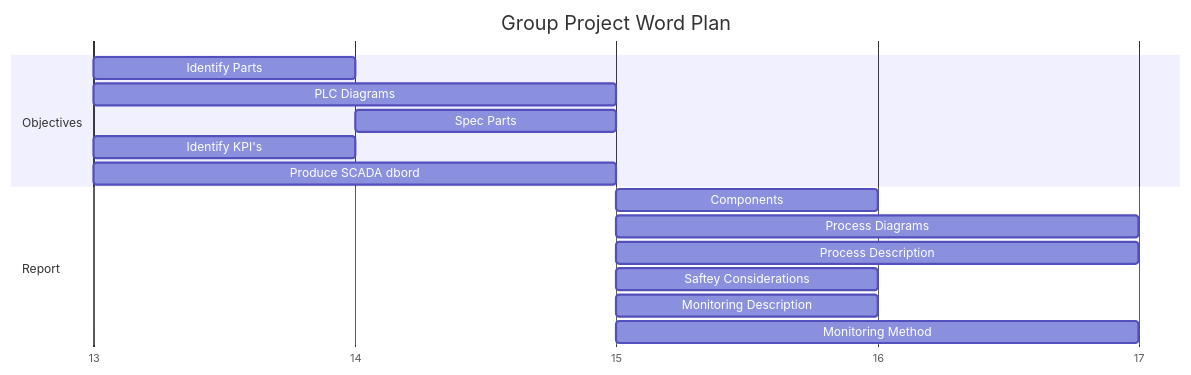
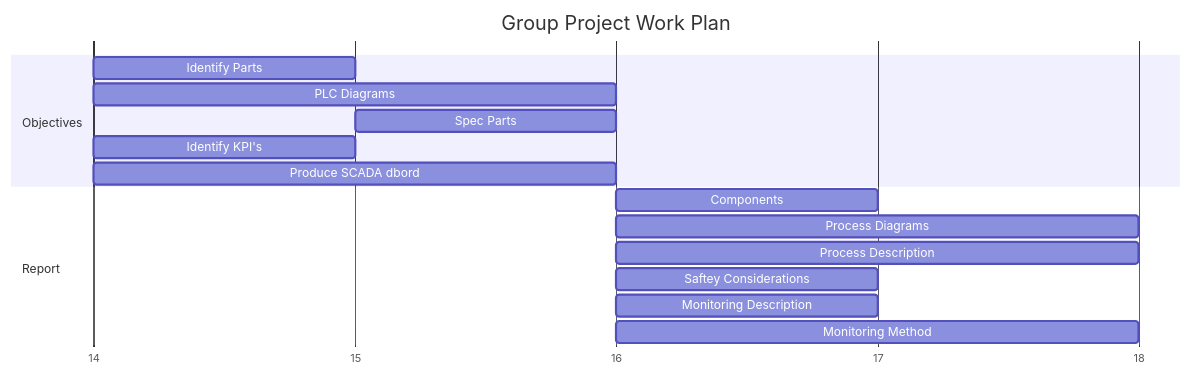
The second of 2 diagrams in Industrial Automation/Assessments/Group Assignment/Notes/Plan.md (jasht1/Uni-Projects), drawn with Mermaid before and after one commit. The commit also changed other lines of this file and 4 other files, not shown here.

````diff
--- a/Industrial Automation/Assessments/Group Assignment/Notes/Plan.md
+++ b/Industrial Automation/Assessments/Group Assignment/Notes/Plan.md
@@ -20,21 +20,21 @@
 ```mermaid
 gantt
-title Group Project Word Plan
+title Group Project Work Plan
 dateFormat YYYY-MM-DD
 axisFormat %d
 tickInterval 1day
 
 section Objectives
-	Identify Parts: 2025-05-13, 1d
-	PLC Diagrams: 2025-05-13, 2d
-	Spec Parts: 2025-05-14,1d
-	Identify KPI's: 2025-05-13, 1d
-	Produce SCADA dbord: 2025-05-13, 2d
+	Identify Parts: 2025-05-14, 1d
+	PLC Diagrams: 2025-05-14, 2d
+	Spec Parts: 2025-05-15,1d
+	Identify KPI's: 2025-05-14, 1d
+	Produce SCADA dbord: 2025-05-14, 2d
 section Report
-	Components: 2025-05-15, 1d
-	Process Diagrams: 2025-05-15, 2d
-	Process Description: 2025-05-15, 2d
-	Saftey Considerations: 2025-05-15, 1d
-	Monitoring Description: 2025-05-15, 1d
-	Monitoring Method: 2025-05-15, 2d
+	Components: 2025-05-16, 1d
+	Process Diagrams: 2025-05-16, 2d
+	Process Description: 2025-05-16, 2d
+	Saftey Considerations: 2025-05-16, 1d
+	Monitoring Description: 2025-05-16, 1d
+	Monitoring Method: 2025-05-16, 2d
 ```
````
